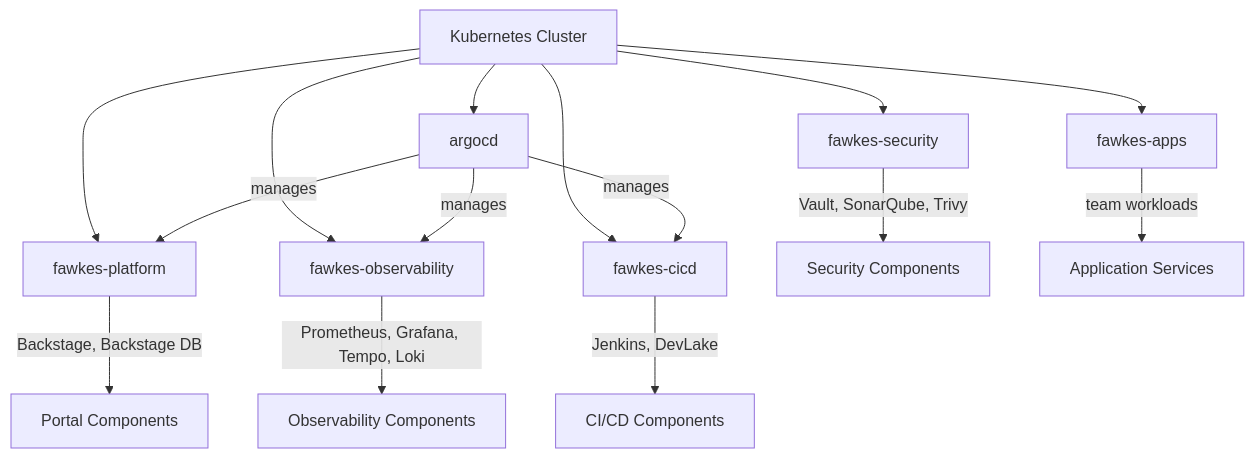
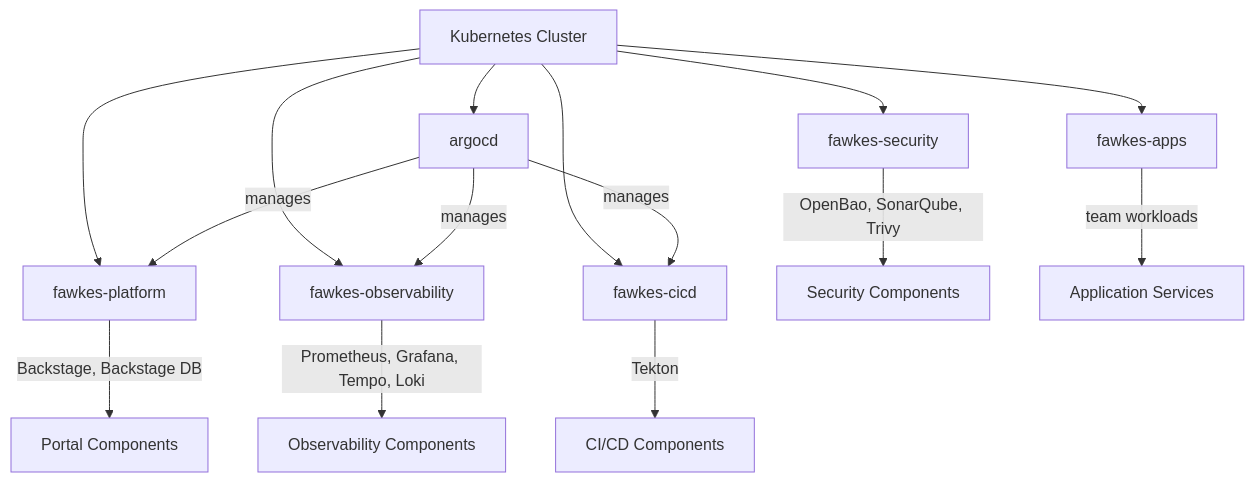
One commit to paruff/fawkes changed the fourth of 4 diagrams in docs/ARCHITECTURE.md. Above: the diagram before and after it, drawn with Mermaid. The commit also changed other lines of this file and 15 other files, not shown here.

Commit message:
feat(arch): integrate architect feedback — Tekton, 2 monoliths, OpenBao, native DORA (#2091)

````diff
--- a/docs/ARCHITECTURE.md
+++ b/docs/ARCHITECTURE.md
@@ -403,21 +570,21 @@
 ```mermaid
 graph TD
     Cluster[Kubernetes Cluster]
 
     Cluster --> NS_Argocd[argocd]
     Cluster --> NS_Platform[fawkes-platform]
     Cluster --> NS_Obs[fawkes-observability]
     Cluster --> NS_CICD[fawkes-cicd]
     Cluster --> NS_Security[fawkes-security]
     Cluster --> NS_Apps[fawkes-apps]
 
     NS_Argocd -->|manages| NS_Platform
     NS_Argocd -->|manages| NS_Obs
     NS_Argocd -->|manages| NS_CICD
 
     NS_Platform -->|Backstage, Backstage DB| PlatComp[Portal Components]
     NS_Obs -->|Prometheus, Grafana, Tempo, Loki| ObsComp[Observability Components]
-    NS_CICD -->|Jenkins, DevLake| CICDComp[CI/CD Components]
-    NS_Security -->|Vault, SonarQube, Trivy| SecComp[Security Components]
+    NS_CICD -->|Tekton| CICDComp[CI/CD Components]
+    NS_Security -->|OpenBao, SonarQube, Trivy| SecComp[Security Components]
     NS_Apps -->|team workloads| AppComp[Application Services]
 ```
````
